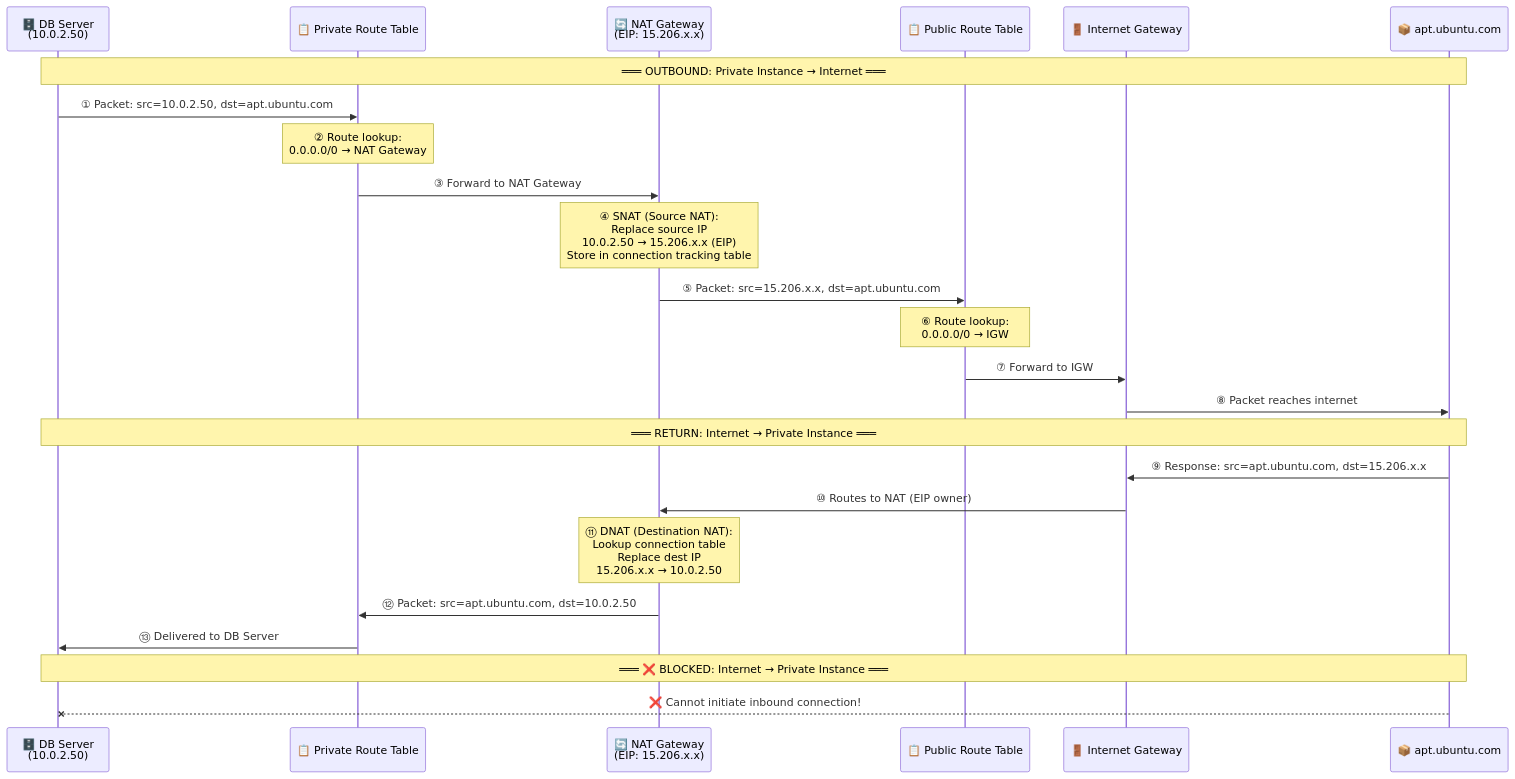
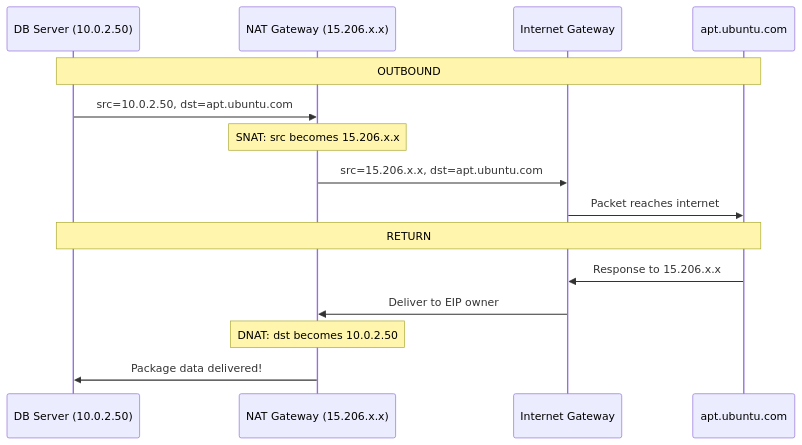
One commit to selvakumarperumal/AWS_Provisioning_with_Terraform changed the eighth of 17 diagrams in 05-nat-gateway/README.md. Above: the diagram before and after it, drawn with Mermaid. The commit also changed other lines of this file, not shown here.

Commit message:
docs: nat updated again

````diff
--- a/05-nat-gateway/README.md
+++ b/05-nat-gateway/README.md
@@ -281,35 +279,19 @@
 ```mermaid
 sequenceDiagram
-    participant DB as 🗄️ DB Server<br/>(10.0.2.50)
-    participant PrivRT as 📋 Private Route Table
-    participant NAT as 🔄 NAT Gateway<br/>(EIP: 15.206.x.x)
-    participant PubRT as 📋 Public Route Table
-    participant IGW as 🚪 Internet Gateway
-    participant Apt as 📦 apt.ubuntu.com
+    participant DB as DB Server (10.0.2.50)
+    participant NAT as NAT Gateway (15.206.x.x)
+    participant IGW as Internet Gateway
+    participant Apt as apt.ubuntu.com
 
-    Note over DB,Apt: ═══ OUTBOUND: Private Instance → Internet ═══
+    Note over DB,Apt: OUTBOUND
+    DB->>NAT: src=10.0.2.50, dst=apt.ubuntu.com
+    Note over NAT: SNAT: src becomes 15.206.x.x
+    NAT->>IGW: src=15.206.x.x, dst=apt.ubuntu.com
+    IGW->>Apt: Packet reaches internet
 
-    DB->>PrivRT: ① Packet: src=10.0.2.50, dst=apt.ubuntu.com
-    Note over PrivRT: ② Route lookup:<br/>0.0.0.0/0 → NAT Gateway
-    PrivRT->>NAT: ③ Forward to NAT Gateway
-
-    Note over NAT: ④ SNAT (Source NAT):<br/>Replace source IP<br/>10.0.2.50 → 15.206.x.x (EIP)<br/>Store in connection tracking table
-
-    NAT->>PubRT: ⑤ Packet: src=15.206.x.x, dst=apt.ubuntu.com
-    Note over PubRT: ⑥ Route lookup:<br/>0.0.0.0/0 → IGW
-    PubRT->>IGW: ⑦ Forward to IGW
-    IGW->>Apt: ⑧ Packet reaches internet
-
-    Note over DB,Apt: ═══ RETURN: Internet → Private Instance ═══
-
-    Apt->>IGW: ⑨ Response: src=apt.ubuntu.com, dst=15.206.x.x
-    IGW->>NAT: ⑩ Routes to NAT (EIP owner)
-
-    Note over NAT: ⑪ DNAT (Destination NAT):<br/>Lookup connection table<br/>Replace dest IP<br/>15.206.x.x → 10.0.2.50
-
-    NAT->>PrivRT: ⑫ Packet: src=apt.ubuntu.com, dst=10.0.2.50
-    PrivRT->>DB: ⑬ Delivered to DB Server
-
-    Note over DB,Apt: ═══ ❌ BLOCKED: Internet → Private Instance ═══
-    Apt--xDB: ❌ Cannot initiate inbound connection!
+    Note over DB,Apt: RETURN
+    Apt->>IGW: Response to 15.206.x.x
+    IGW->>NAT: Deliver to EIP owner
+    Note over NAT: DNAT: dst becomes 10.0.2.50
+    NAT->>DB: Package data delivered!
 ```
````
